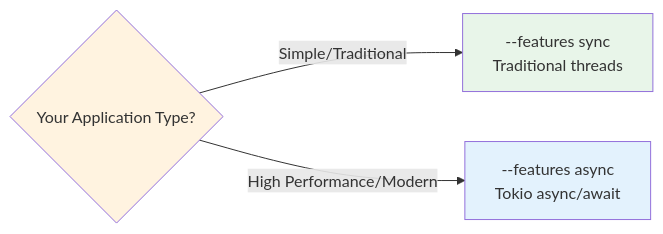
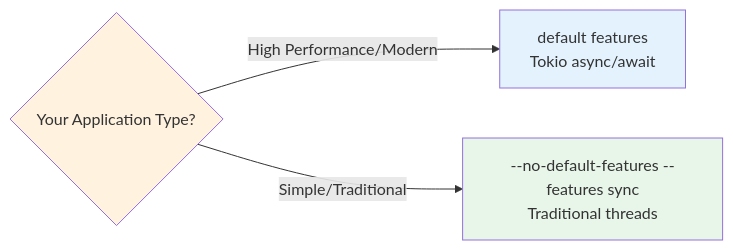
Before and after one commit to wboayue/rust-ibapi: the diagram in docs/quick-start.md, drawn with Mermaid. The commit also changed other lines of this file and 110 other files, not shown here.

First line of the commit message:
docs: stop referencing --features sync as the sync-only build (#821)

````diff
--- a/docs/quick-start.md
+++ b/docs/quick-start.md
@@ -16,13 +17,13 @@
 ```mermaid
 graph LR
     Choice{Your Application Type?}
-    Sync[--features sync<br/>Traditional threads]
-    Async[--features async<br/>Tokio async/await]
+    Async[default features<br/>Tokio async/await]
+    Sync[--no-default-features --features sync<br/>Traditional threads]
     
+    Choice -->|High Performance/Modern| Async
     Choice -->|Simple/Traditional| Sync
-    Choice -->|High Performance/Modern| Async
     
     style Choice fill:#fff3e0
+    style Async fill:#e3f2fd
     style Sync fill:#e8f5e9
-    style Async fill:#e3f2fd
 ```
````
